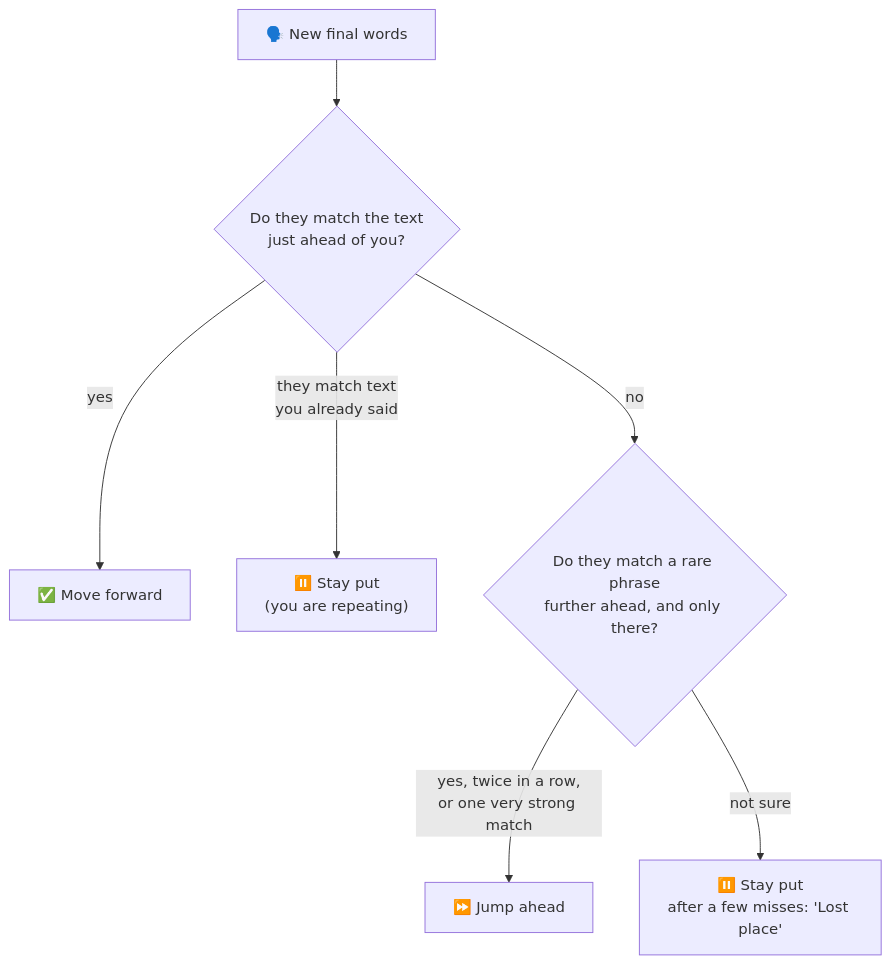
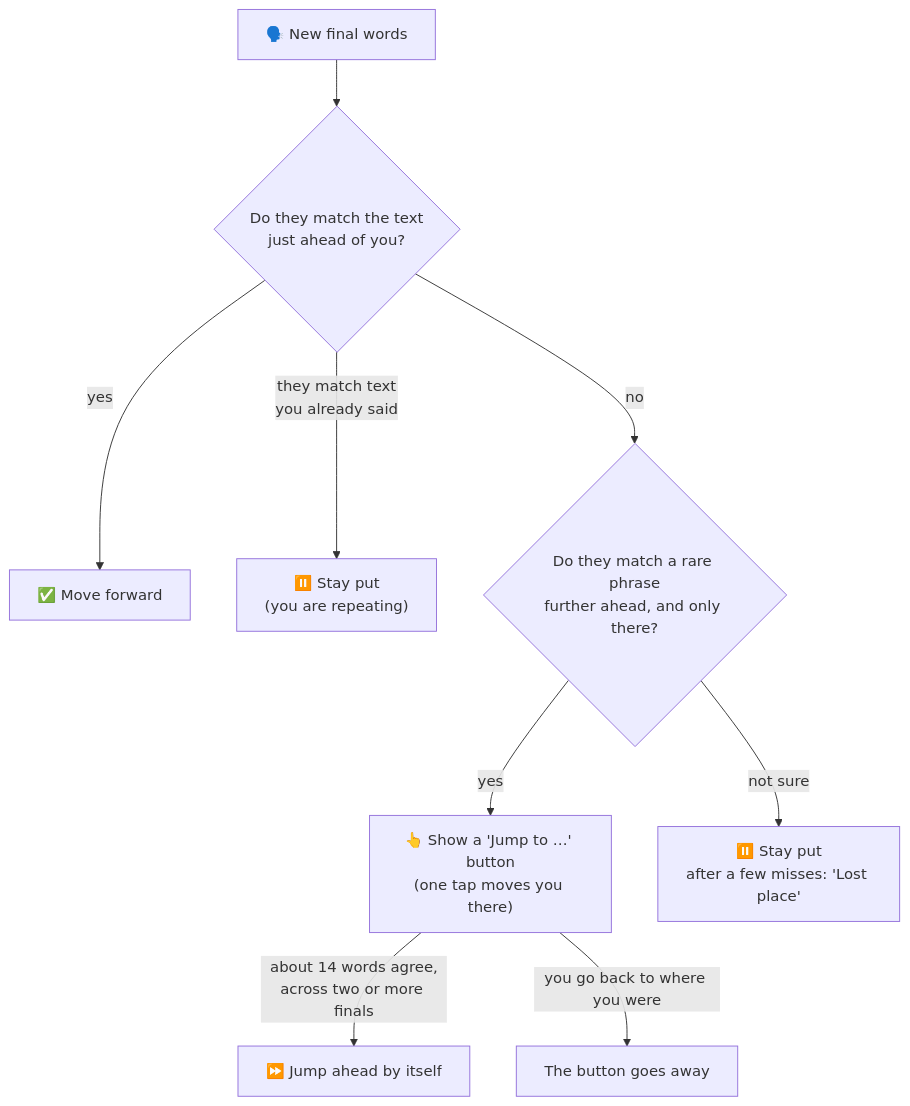
One commit to rimorin/tk_teleprompter changed the fifth of 5 diagrams in README.md. Above: the diagram before and after it, drawn with Mermaid. The commit also changed other lines of this file and 7 other files, not shown here.

First line of the commit message:
matcher: count words before far jumps, and offer a "Jump to" chip

````diff
--- a/README.md
+++ b/README.md
@@ -311,9 +311,11 @@
 ```mermaid
 flowchart TD
     heard["🗣️ New final words"] --> near{"Do they match the text<br/>just ahead of you?"}
     near -- "yes" --> move["✅ Move forward"]
     near -- "they match text<br/>you already said" --> hold["⏸️ Stay put<br/>(you are repeating)"]
     near -- "no" --> far{"Do they match a rare phrase<br/>further ahead, and only there?"}
-    far -- "yes, twice in a row,<br/>or one very strong match" --> jump["⏩ Jump ahead"]
+    far -- "yes" --> offer["👆 Show a 'Jump to …' button<br/>(one tap moves you there)"]
+    offer -- "about 14 words agree,<br/>across two or more finals" --> jump["⏩ Jump ahead by itself"]
+    offer -- "you go back to where you were" --> gone["The button goes away"]
     far -- "not sure" --> wait["⏸️ Stay put<br/>after a few misses: 'Lost place'"]
 ```
````
